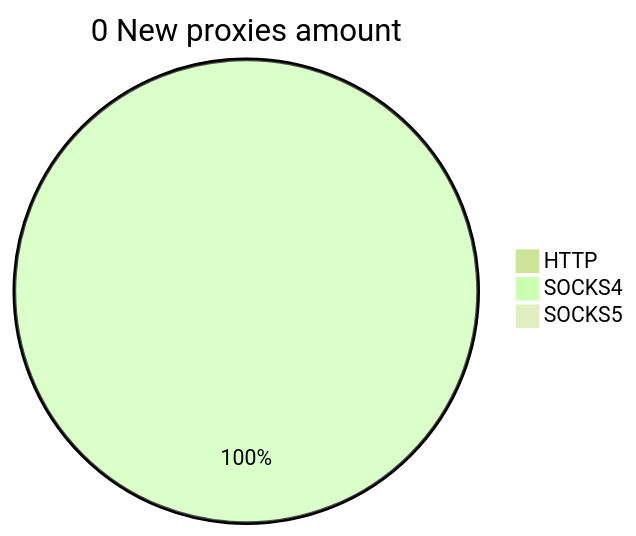
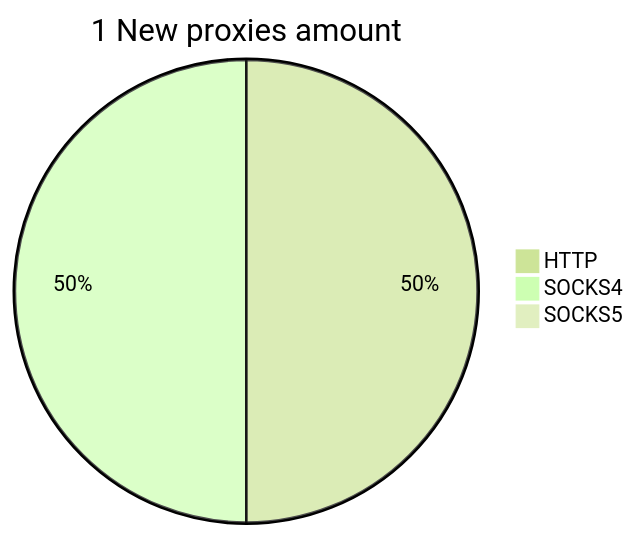
One commit to cutipu/proxylist changed the second of 2 diagrams in README.md. Above: the diagram before and after it, drawn with Mermaid (forest theme). The commit also changed other lines of this file, not shown here.

````diff
--- a/README.md
+++ b/README.md
@@ -10,6 +10,6 @@
 ```mermaid
-pie title 0 New proxies amount
-    "HTTP" : 0
-    "SOCKS4" : 2
+pie title 1 New proxies amount
+    "HTTP" : 1
+    "SOCKS4" : 1
     "SOCKS5" : 0
 ```
````
